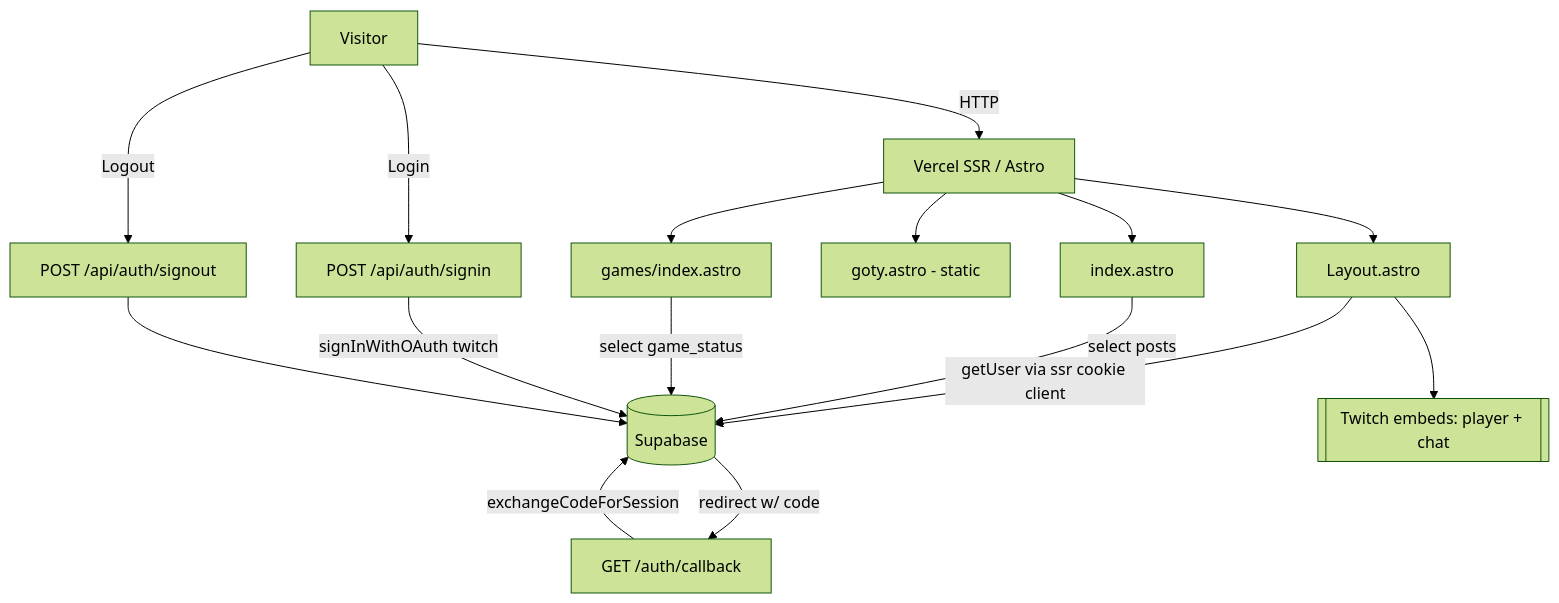
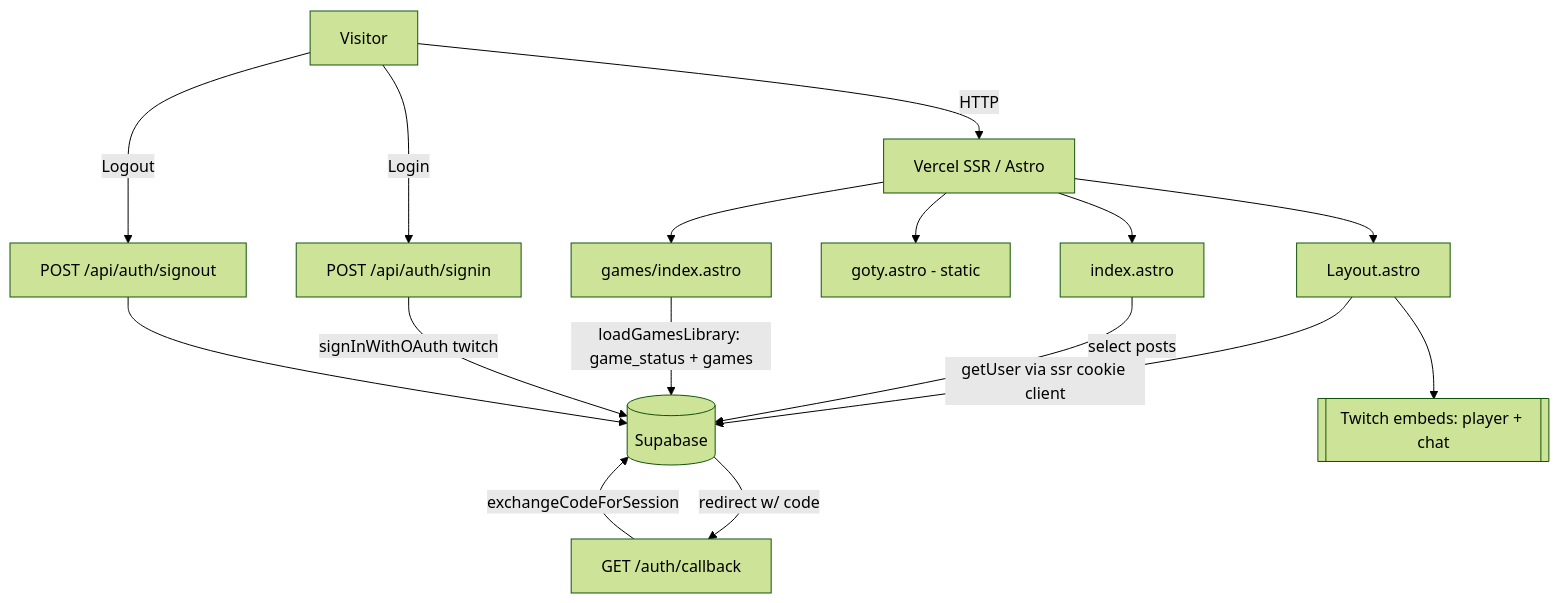
The diagram in ARCHITECTURE.md (danygq/knekro-hub), drawn with Mermaid (forest theme) before and after one commit. The commit also changed other lines of this file and 12 other files, not shown here.

````diff
--- a/ARCHITECTURE.md
+++ b/ARCHITECTURE.md
@@ -14,13 +14,13 @@
 ```mermaid
 flowchart TD
   U[Visitor] -->|HTTP| V[Vercel SSR / Astro]
   V --> L[Layout.astro]
   L -->|getUser via ssr cookie client| SB[(Supabase)]
   V --> Pi[index.astro] -->|select posts| SB
-  V --> Pg[games/index.astro] -->|select game_status| SB
+  V --> Pg[games/index.astro] -->|loadGamesLibrary: game_status + games| SB
   V --> Pgo[goty.astro - static]
   U -->|Login| AS[POST /api/auth/signin] -->|signInWithOAuth twitch| SB
   SB -->|redirect w/ code| CB[GET /auth/callback] -->|exchangeCodeForSession| SB
   U -->|Logout| AO[POST /api/auth/signout] --> SB
   L --> TW[[Twitch embeds: player + chat]]
 ```
````
